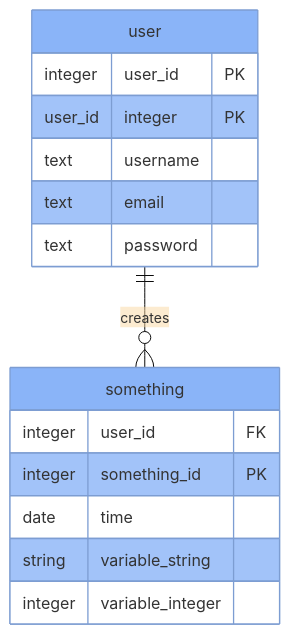
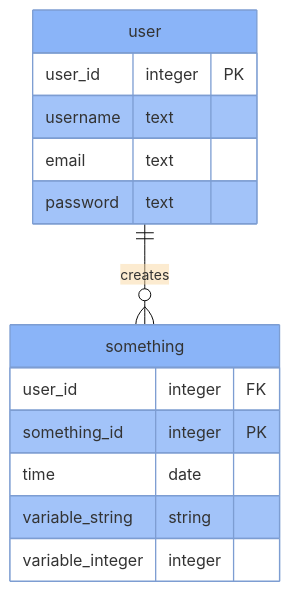
One commit to mathbike/mathbike.github.io changed the first of 2 diagrams in _posts/2022-11-15-flask.md. Above: the diagram before and after it, drawn with Mermaid. The commit also changed other lines of this file, not shown here.

````diff
--- a/_posts/2022-11-15-flask.md
+++ b/_posts/2022-11-15-flask.md
@@ -73,19 +73,18 @@
 ```mermaid
 %%{init: {'theme': 'base', 'themeVariables': { 'primaryColor': '#8ab4f8', 'textColor': 'black'}}}%%
 erDiagram
     user ||--o{ something : creates
     user {
-        integer user_id PK
         user_id integer PK
-        text username
-        text email
-        text password
+        username text
+        email text
+        password text
     }
     something {
-        integer user_id FK
-        integer something_id PK
-        date time
-        string variable_string
-        integer variable_integer
+        user_id integer FK
+        something_id integer PK
+        time date
+        variable_string string
+        variable_integer integer
     }
 ```
````
